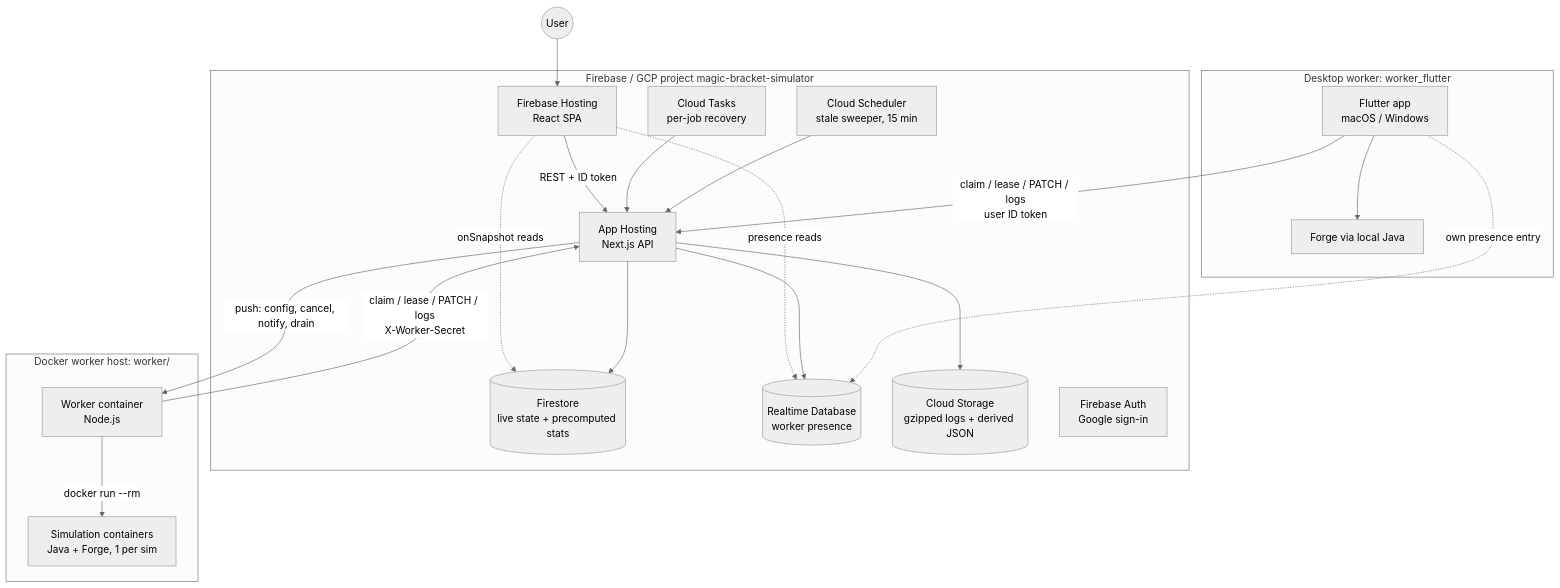
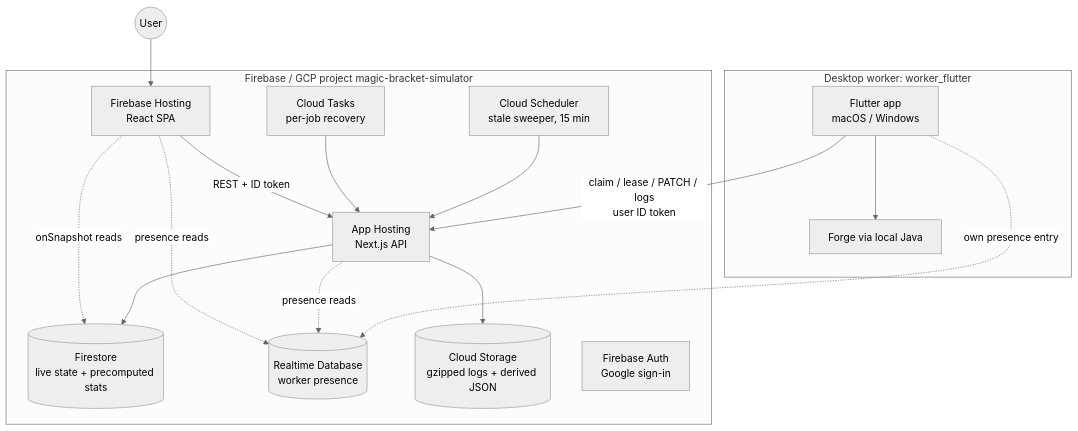
One commit to TytaniumDev/MagicBracketSimulator changed the diagram in docs/ARCHITECTURE.md. Above: the diagram before and after it, drawn with Mermaid (neutral theme). The commit also changed other lines of this file and 136 other files, not shown here.

First line of the commit message:
chore: remove the Docker worker (#583)

````diff
--- a/docs/ARCHITECTURE.md
+++ b/docs/ARCHITECTURE.md
@@ -12,41 +12,33 @@
 ```mermaid
 flowchart TB
     User((User)) --> Frontend
 
     subgraph firebase [Firebase / GCP project magic-bracket-simulator]
         Frontend[Firebase Hosting<br/>React SPA]
         API[App Hosting<br/>Next.js API]
         Firestore[(Firestore<br/>live state + precomputed stats)]
         RTDB[(Realtime Database<br/>worker presence)]
         GCS[(Cloud Storage<br/>gzipped logs + derived JSON)]
         Tasks[Cloud Tasks<br/>per-job recovery]
         Scheduler[Cloud Scheduler<br/>stale sweeper, 15 min]
         Auth[Firebase Auth<br/>Google sign-in]
     end
 
     subgraph desktop [Desktop worker: worker_flutter]
         Flutter[Flutter app<br/>macOS / Windows]
         Java[Forge via local Java]
         Flutter --> Java
     end
 
-    subgraph docker [Docker worker host: worker/]
-        Worker[Worker container<br/>Node.js]
-        Sim[Simulation containers<br/>Java + Forge, 1 per sim]
-        Worker -->|docker run --rm| Sim
-    end
-
     Frontend -->|REST + ID token| API
     Frontend -.->|onSnapshot reads| Firestore
     Frontend -.->|presence reads| RTDB
     API --> Firestore
     API --> GCS
-    API --> RTDB
+    API -.->|presence reads| RTDB
     Tasks --> API
     Scheduler --> API
 
-    Worker -->|claim / lease / PATCH / logs<br/>X-Worker-Secret| API
-    API -->|push: config, cancel, notify, drain| Worker
     Flutter -->|claim / lease / PATCH / logs<br/>user ID token| API
     Flutter -.->|own presence entry| RTDB
 ```
````
